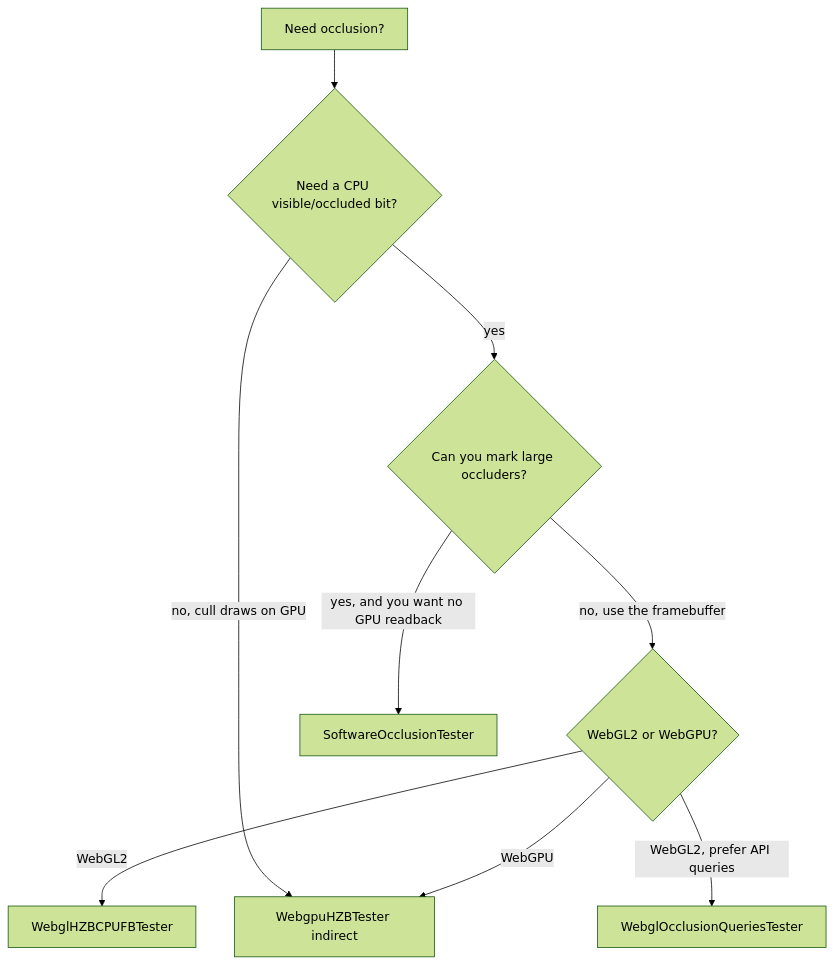
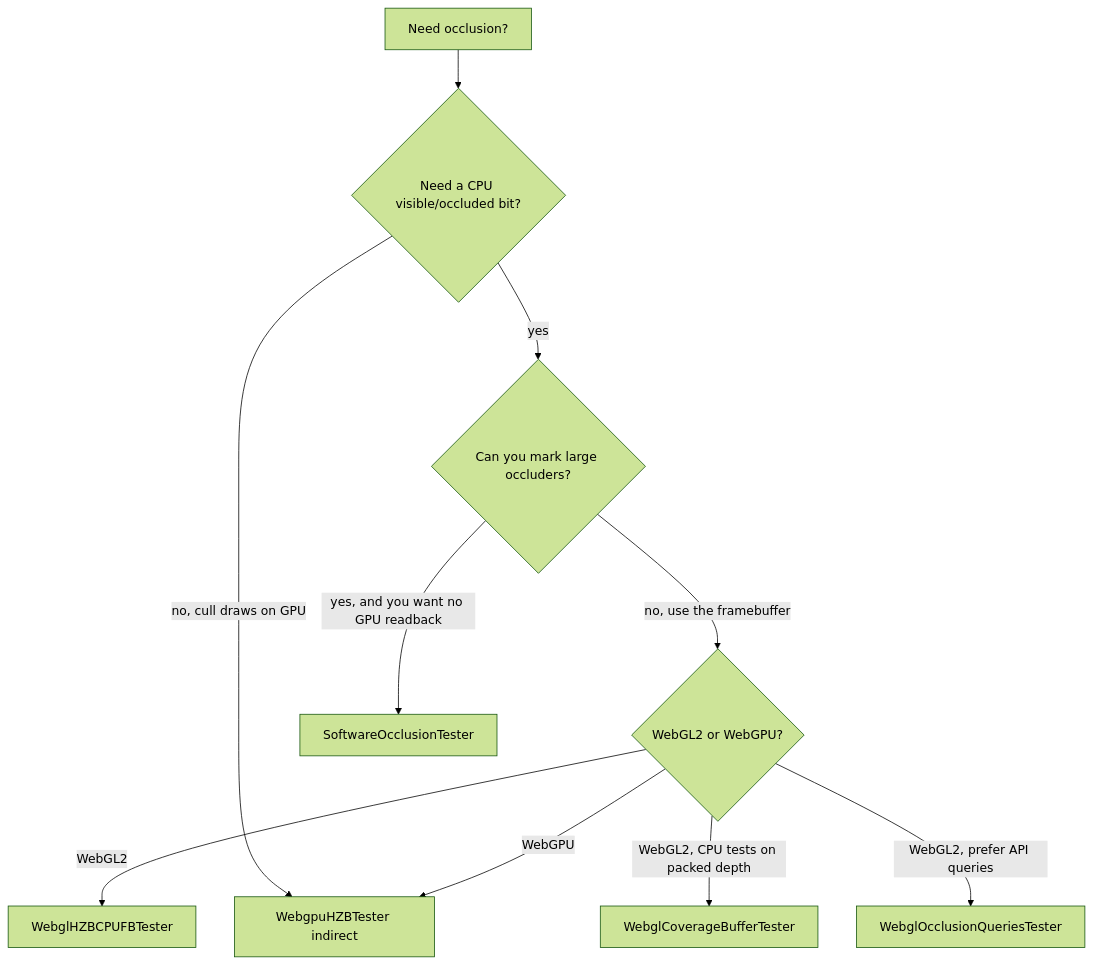
The diagram in docs/occlusion/choosing-backend.md (AlexAPPi/playcanvas-opti-pixel), drawn with Mermaid (forest theme) before and after one commit. The commit also changed other lines of this file and 14 other files, not shown here.

````diff
--- a/docs/occlusion/choosing-backend.md
+++ b/docs/occlusion/choosing-backend.md
@@ -16,16 +17,17 @@
 ```mermaid
 flowchart TD
     start[Need occlusion?]
     cpu{Need a CPU visible/occluded bit?}
     gpu{WebGL2 or WebGPU?}
     occluders{Can you mark large occluders?}
 
     start --> cpu
     cpu -->|yes| occluders
     occluders -->|yes, and you want no GPU readback| sw[SoftwareOcclusionTester]
     occluders -->|no, use the framebuffer| gpu
     cpu -->|no, cull draws on GPU| webgpu[WebgpuHZBTester indirect]
     gpu -->|WebGL2| hzbgl[WebglHZBCPUFBTester]
     gpu -->|WebGPU| webgpu
+    gpu -->|WebGL2, CPU tests on packed depth| cov[WebglCoverageBufferTester]
     gpu -->|WebGL2, prefer API queries| q[WebglOcclusionQueriesTester]
 ```
````
